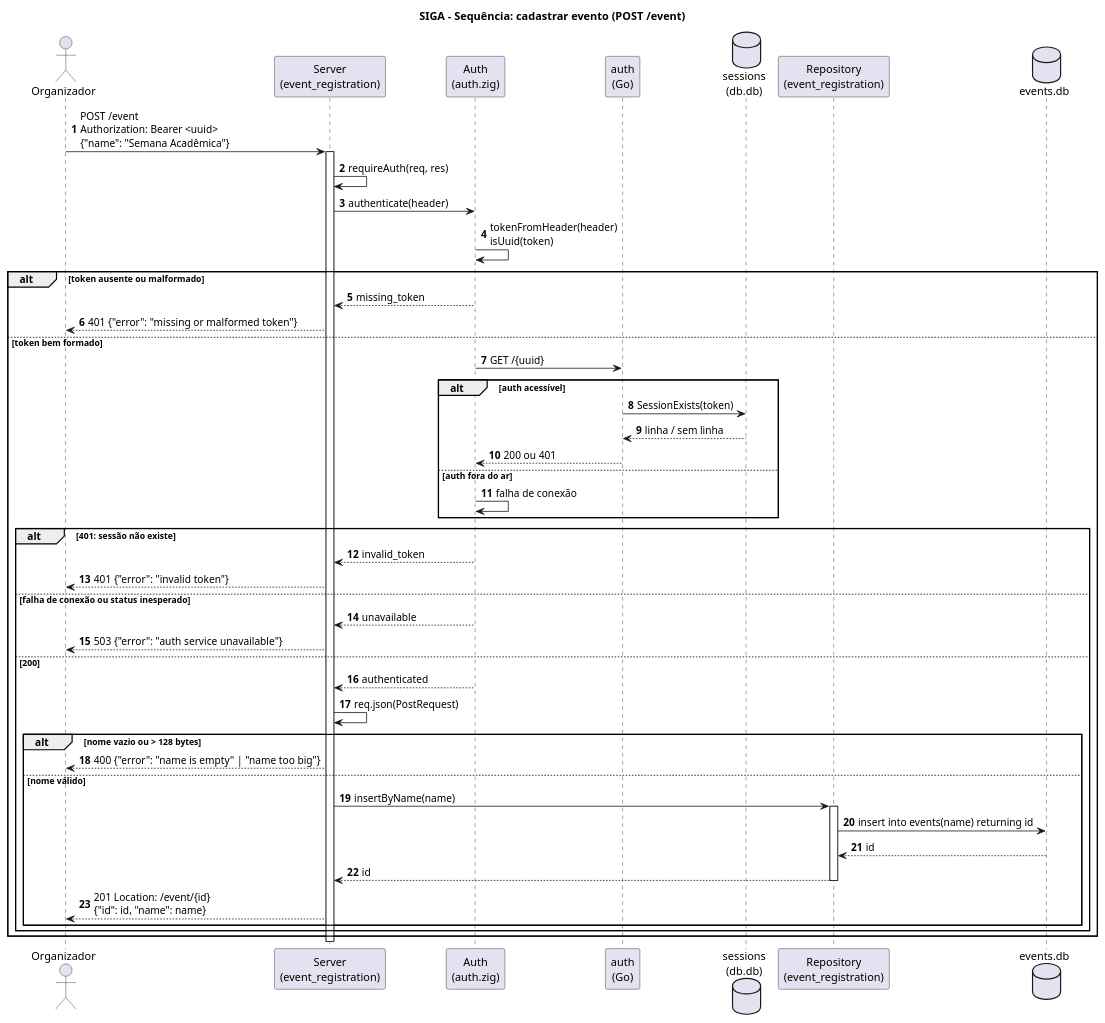
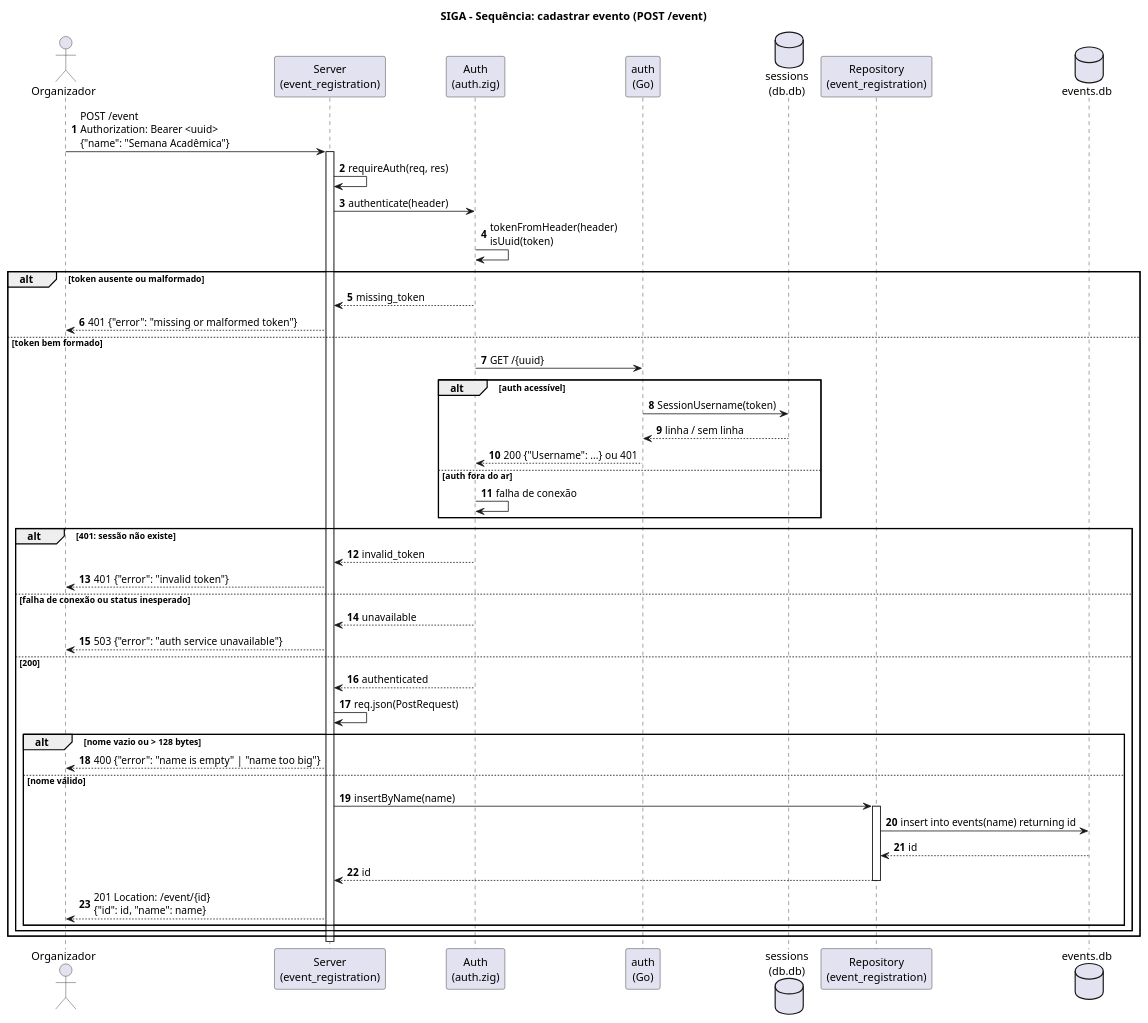
Before and after one commit to gboncoffee/siga: the diagram in docs/diagramas/sequencia.puml, drawn with PlantUML. The commit also changed 22 other files, not shown here.

First line of the commit message:
Make auth tell whose token it is and restrict signups to their owner.

```diff
--- a/docs/diagramas/sequencia.puml
+++ b/docs/diagramas/sequencia.puml
@@ -1,56 +1,56 @@
 @startuml sequencia
 title SIGA - Sequência: cadastrar evento (POST /event)
 
 autonumber
 actor Organizador as Org
 participant "Server\n(event_registration)" as Server
 participant "Auth\n(auth.zig)" as Gw
 participant "auth\n(Go)" as AuthSvc
 database "sessions\n(db.db)" as SessDb
 participant "Repository\n(event_registration)" as Repo
 database "events.db" as EvDb
 
 Org -> Server : POST /event\nAuthorization: Bearer <uuid>\n{"name": "Semana Acadêmica"}
 activate Server
 Server -> Server : requireAuth(req, res)
 Server -> Gw : authenticate(header)
 Gw -> Gw : tokenFromHeader(header)\nisUuid(token)
 
 alt token ausente ou malformado
   Gw --> Server : missing_token
   Server --> Org : 401 {"error": "missing or malformed token"}
 else token bem formado
   Gw -> AuthSvc : GET /{uuid}
   alt auth acessível
-    AuthSvc -> SessDb : SessionExists(token)
+    AuthSvc -> SessDb : SessionUsername(token)
     SessDb --> AuthSvc : linha / sem linha
-    AuthSvc --> Gw : 200 ou 401
+    AuthSvc --> Gw : 200 {"Username": ...} ou 401
   else auth fora do ar
     Gw -> Gw : falha de conexão
   end
 
   alt 401: sessão não existe
     Gw --> Server : invalid_token
     Server --> Org : 401 {"error": "invalid token"}
   else falha de conexão ou status inesperado
     Gw --> Server : unavailable
     Server --> Org : 503 {"error": "auth service unavailable"}
   else 200
     Gw --> Server : authenticated
     Server -> Server : req.json(PostRequest)
     alt nome vazio ou > 128 bytes
       Server --> Org : 400 {"error": "name is empty" | "name too big"}
     else nome válido
       Server -> Repo : insertByName(name)
       activate Repo
       Repo -> EvDb : insert into events(name) returning id
       EvDb --> Repo : id
       Repo --> Server : id
       deactivate Repo
       Server --> Org : 201 Location: /event/{id}\n{"id": id, "name": name}
     end
   end
 end
 deactivate Server
 
 @enduml
```
